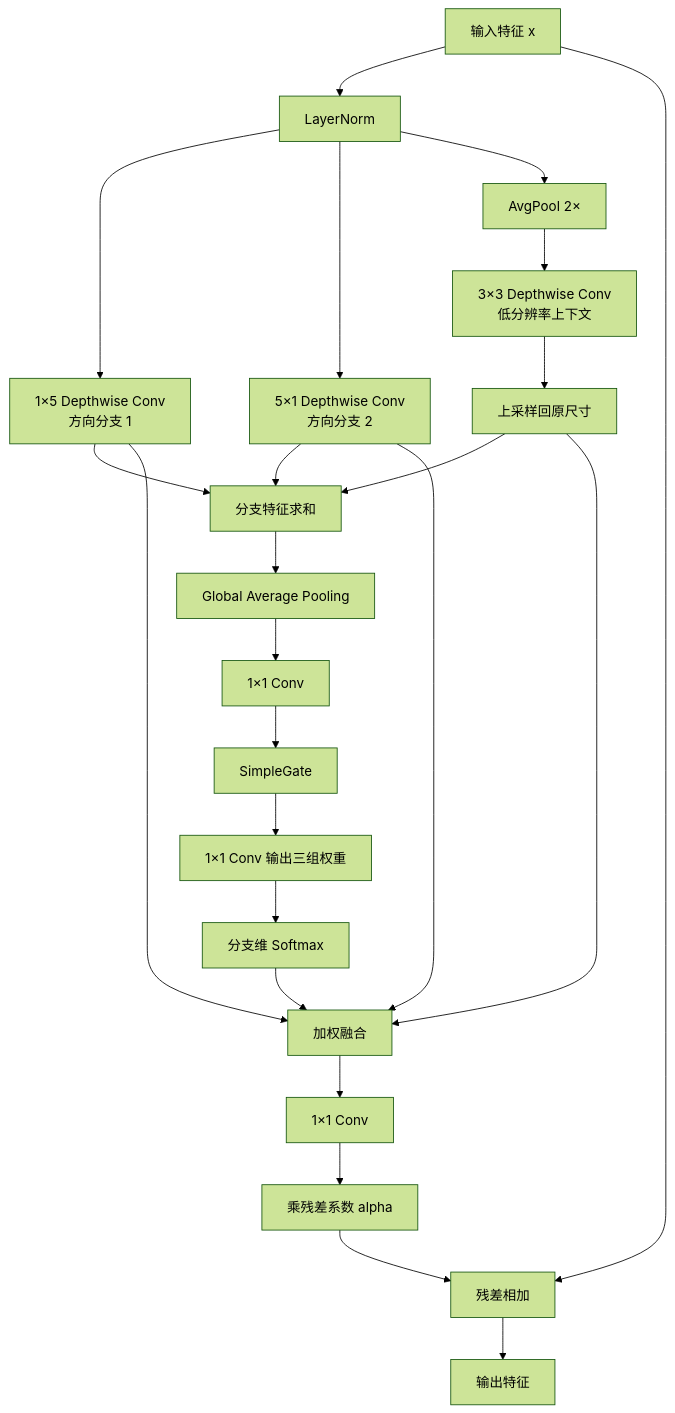
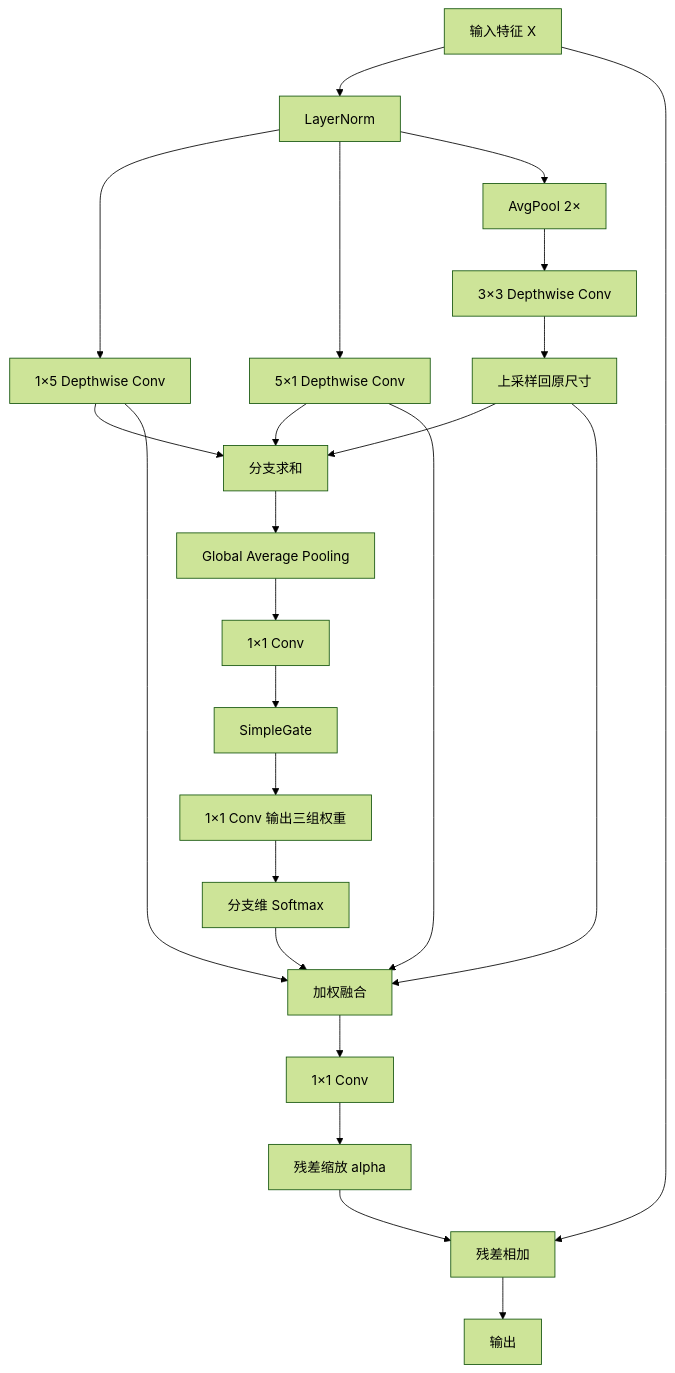
One commit to deathend110/BARU_Unet changed the fourth of 8 diagrams in NAFNet模型改进建议.md. Above: the diagram before and after it, drawn with Mermaid (forest theme). The commit also changed other lines of this file, not shown here.

````diff
--- a/NAFNet模型改进建议.md
+++ b/NAFNet模型改进建议.md
@@ -276,29 +306,29 @@
 ```mermaid
 flowchart TB
-    X[输入特征 x] --> LN[LayerNorm]
+    X[输入特征 X] --> LN[LayerNorm]
 
-    LN --> R[1×5 Depthwise Conv<br/>方向分支 1]
-    LN --> A[5×1 Depthwise Conv<br/>方向分支 2]
+    LN --> R[1×5 Depthwise Conv]
+    LN --> A[5×1 Depthwise Conv]
     LN --> P[AvgPool 2×]
-    P --> C[3×3 Depthwise Conv<br/>低分辨率上下文]
+    P --> C[3×3 Depthwise Conv]
     C --> U[上采样回原尺寸]
 
-    R --> SUM[分支特征求和]
+    R --> SUM[分支求和]
     A --> SUM
     U --> SUM
     SUM --> GAP[Global Average Pooling]
     GAP --> W1[1×1 Conv]
     W1 --> SG[SimpleGate]
     SG --> W2[1×1 Conv 输出三组权重]
     W2 --> SM[分支维 Softmax]
 
     R --> F[加权融合]
     A --> F
     U --> F
     SM --> F
-    F --> OUT1[1×1 Conv]
-    OUT1 --> ALPHA[乘残差系数 alpha]
+    F --> OUT[1×1 Conv]
+    OUT --> ALPHA[残差缩放 alpha]
     X --> ADD[残差相加]
     ALPHA --> ADD
-    ADD --> Y[输出特征]
+    ADD --> Y[输出]
 ```
````
